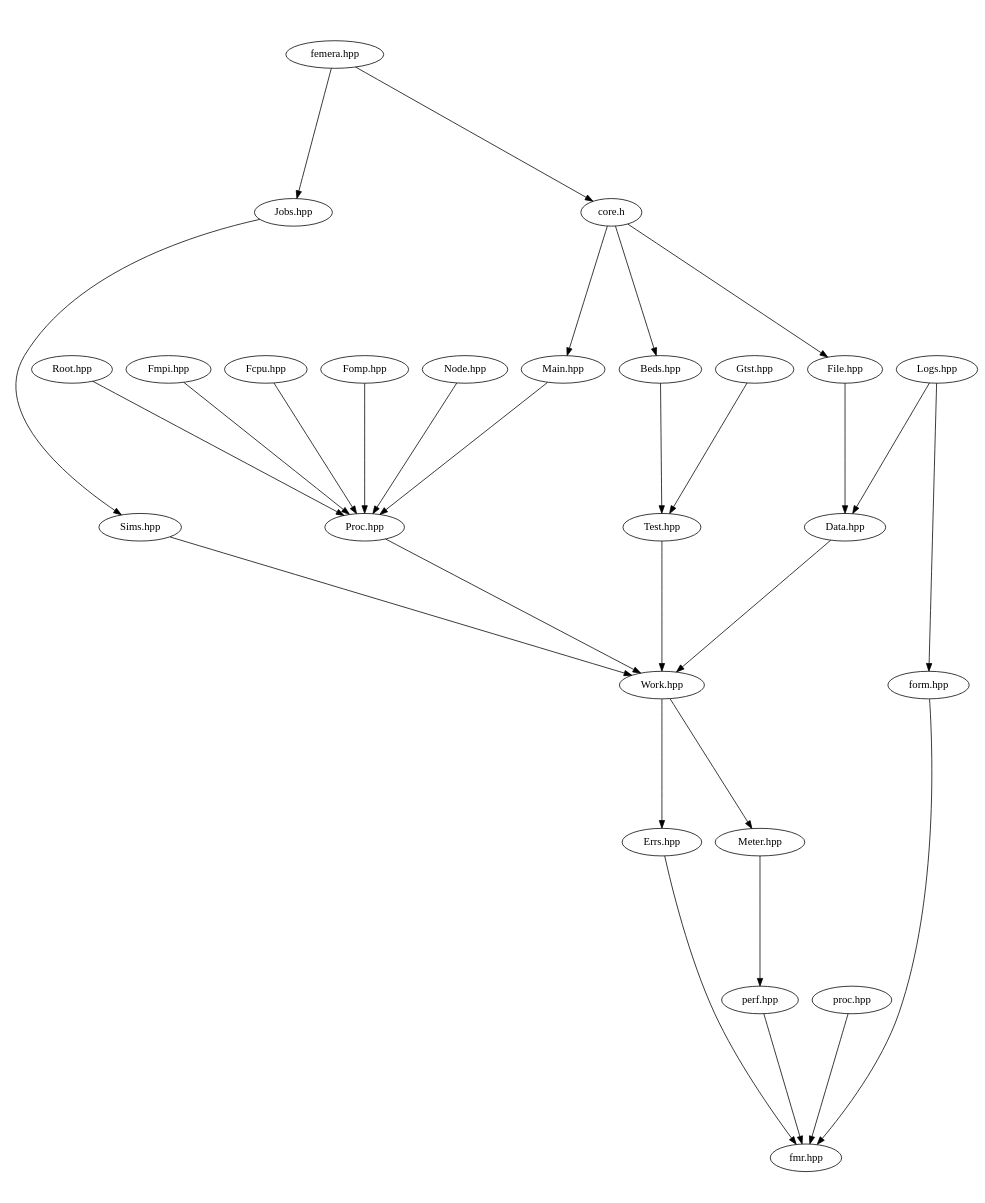
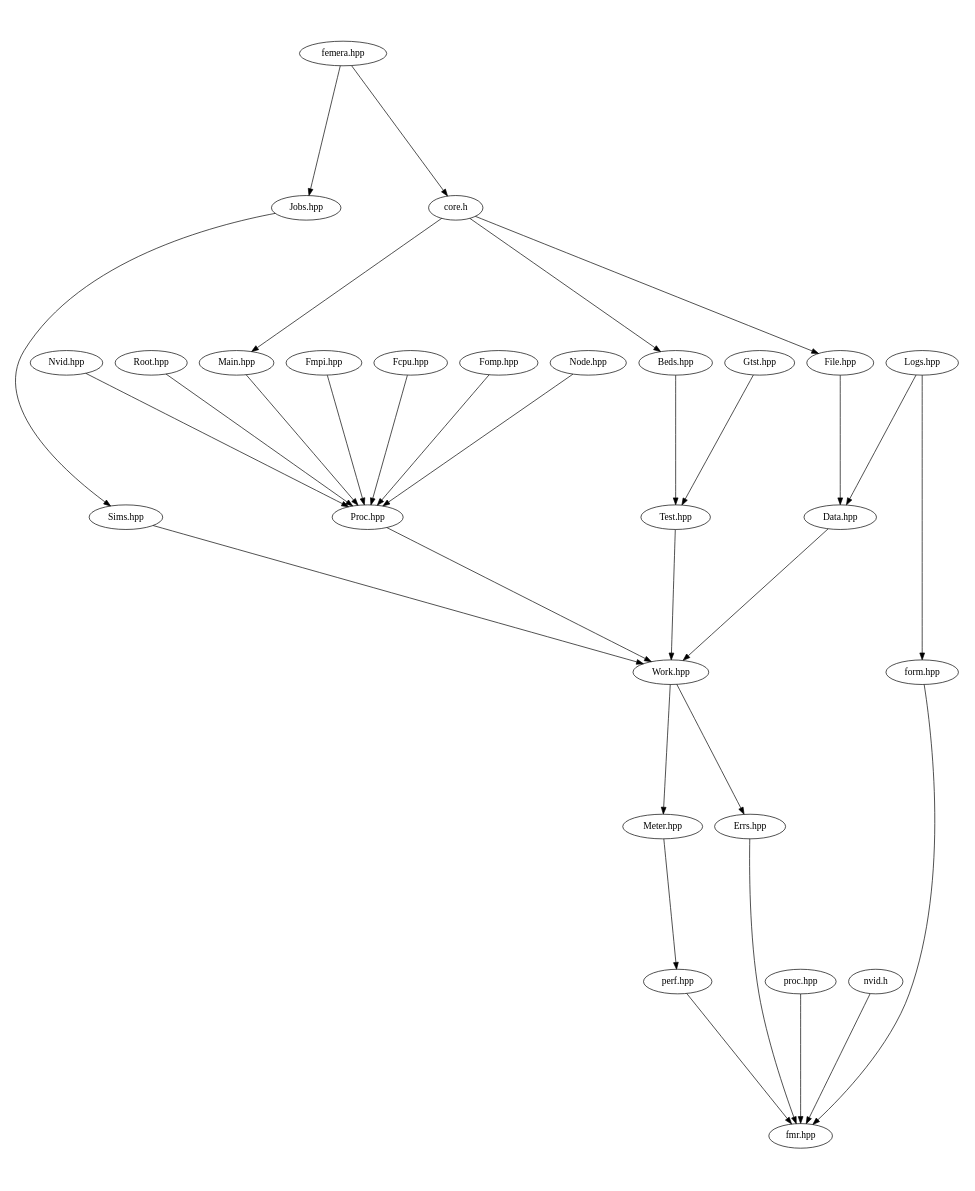
The diagram in src/docs/src-headers.dot (waggyz/femera-mini-app), drawn with Graphviz before and after one commit. The commit also changed 15 other files, not shown here.

```diff
--- a/src/docs/src-headers.dot
+++ b/src/docs/src-headers.dot
@@ -1,36 +1,38 @@
 digraph "source tree" {
     overlap=scale;
     size="8,10";
     ratio="fill";
     fontsize="16";
     fontname="Helvetica";
 	clusterrank="local";
 	"femera.hpp" -> "Jobs.hpp"
 	"Meter.hpp" -> "perf.hpp"
 	"Sims.hpp" -> "Work.hpp"
 	"Work.hpp" -> "Errs.hpp"
 	"proc.hpp" -> "fmr.hpp"
+	"Nvid.hpp" -> "Proc.hpp"
 	"Root.hpp" -> "Proc.hpp"
 	"core.h" -> "Main.hpp"
 	"perf.hpp" -> "fmr.hpp"
 	"Fmpi.hpp" -> "Proc.hpp"
 	"Test.hpp" -> "Work.hpp"
 	"Fcpu.hpp" -> "Proc.hpp"
 	"Fomp.hpp" -> "Proc.hpp"
 	"core.h" -> "File.hpp"
 	"Logs.hpp" -> "Data.hpp"
 	"core.h" -> "Beds.hpp"
 	"Errs.hpp" -> "fmr.hpp"
 	"Node.hpp" -> "Proc.hpp"
 	"Jobs.hpp" -> "Sims.hpp"
 	"File.hpp" -> "Data.hpp"
+	"nvid.h" -> "fmr.hpp"
 	"Beds.hpp" -> "Test.hpp"
 	"Proc.hpp" -> "Work.hpp"
 	"form.hpp" -> "fmr.hpp"
 	"Gtst.hpp" -> "Test.hpp"
 	"Data.hpp" -> "Work.hpp"
 	"femera.hpp" -> "core.h"
 	"Work.hpp" -> "Meter.hpp"
 	"Logs.hpp" -> "form.hpp"
 	"Main.hpp" -> "Proc.hpp"
 }
```
